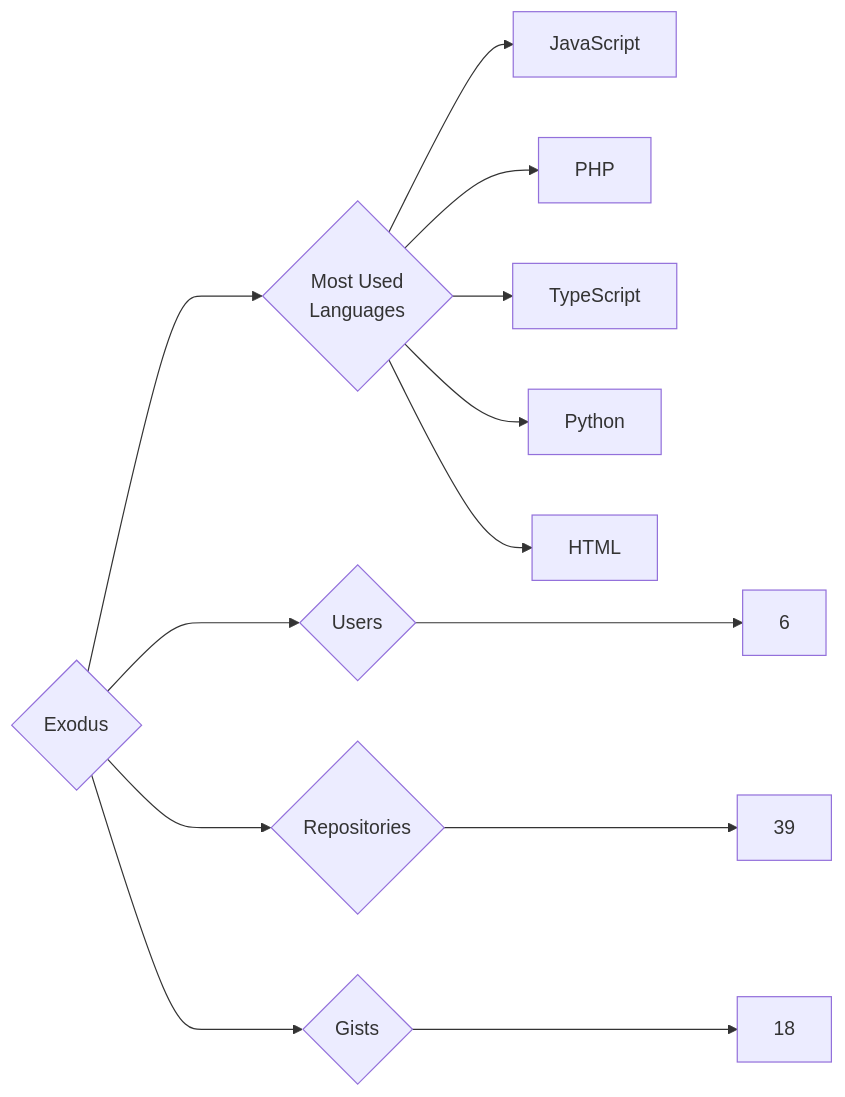
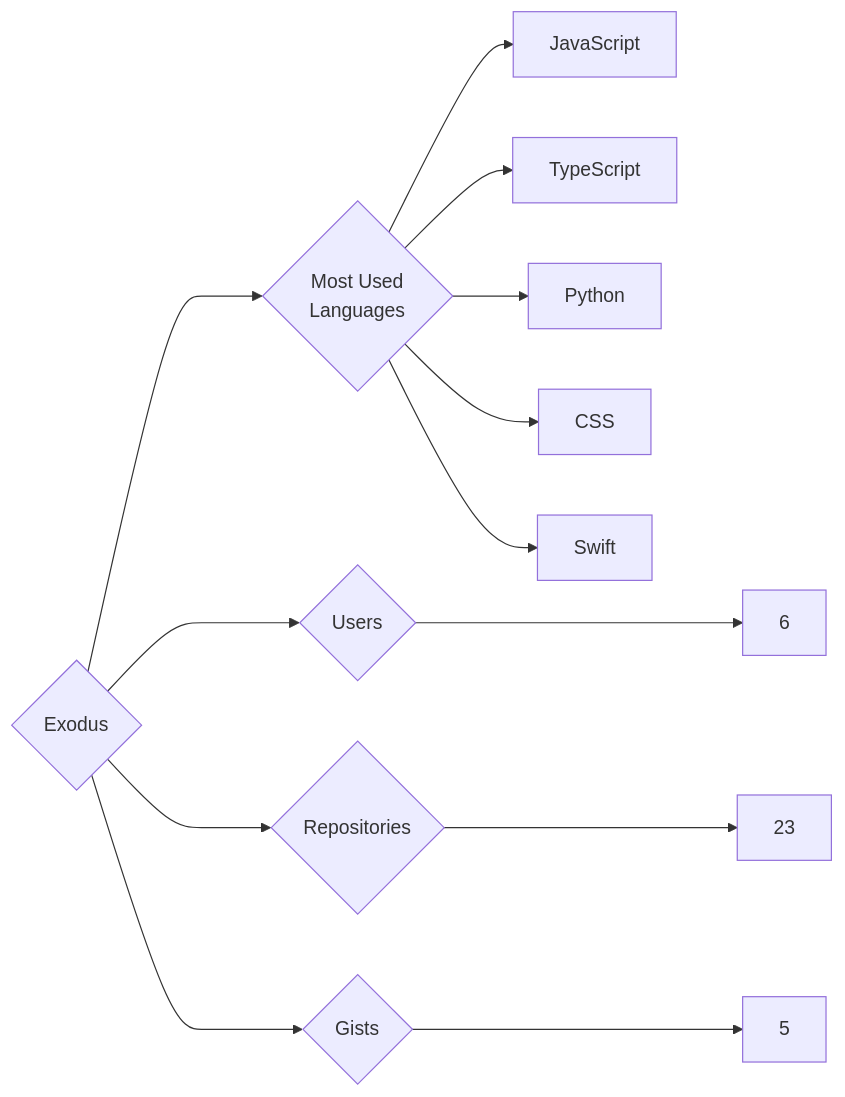
One commit to trickest/insiders changed the diagram in targets/Exodus/README.md. Above: the diagram before and after it, drawn with Mermaid. The commit also changed 1148 other files, not shown here.

````diff
--- a/targets/Exodus/README.md
+++ b/targets/Exodus/README.md
@@ -3,13 +3,13 @@
 ```mermaid
 graph LR
 COMPANY_NAME{Exodus}
 COMPANY_NAME ---> U{Users} ---> UN[6]
-COMPANY_NAME ---> R{Repositories} ---> RN[39]
-COMPANY_NAME ---> G{Gists} ---> GN[18]
+COMPANY_NAME ---> R{Repositories} ---> RN[23]
+COMPANY_NAME ---> G{Gists} ---> GN[5]
 COMPANY_NAME ---> ML{Most Used<br>Languages}
 ML --> JavaScript[JavaScript]
-ML --> PHP[PHP]
 ML --> TypeScript[TypeScript]
 ML --> Python[Python]
-ML --> HTML[HTML]
+ML --> CSS[CSS]
+ML --> Swift[Swift]
 ```
````
